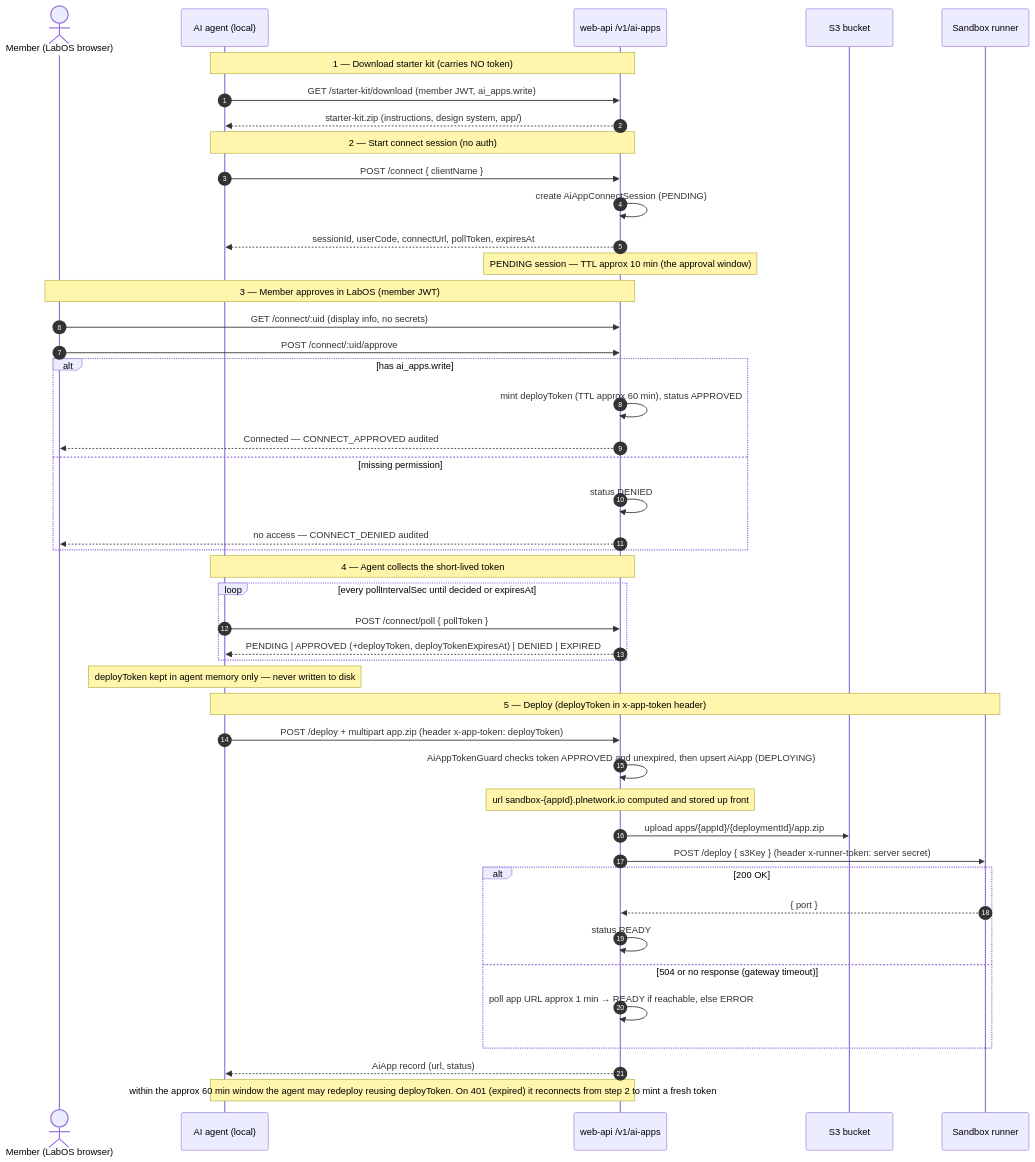
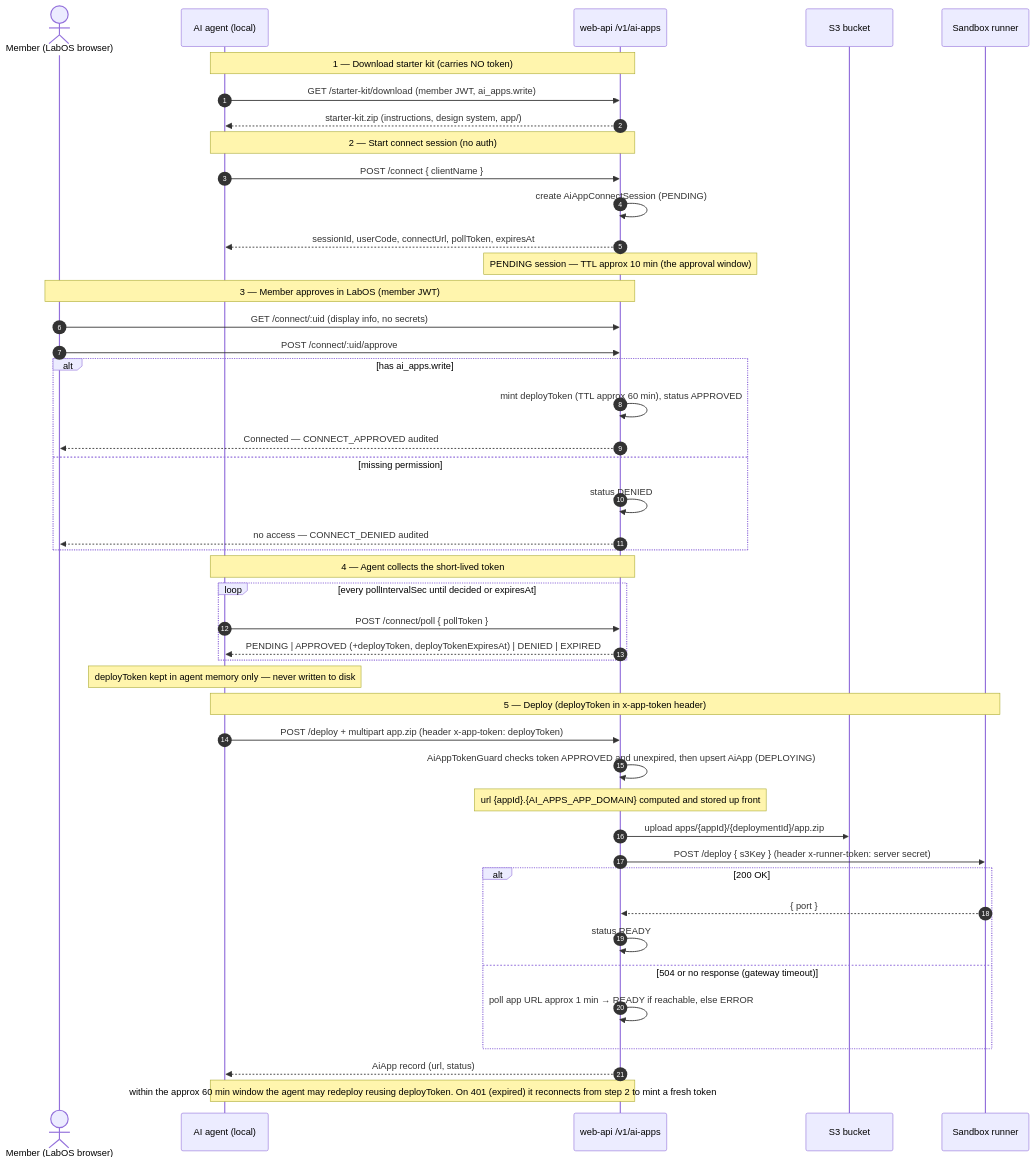
The diagram in docs/AI_APPS.md (memser-spaceport/pln-directory-portal), drawn with Mermaid before and after one commit. The commit also changed other lines of this file and 3 other files, not shown here.

````diff
--- a/docs/AI_APPS.md
+++ b/docs/AI_APPS.md
@@ -18,53 +18,53 @@
 ```mermaid
 sequenceDiagram
     autonumber
     actor M as Member (LabOS browser)
     participant AG as AI agent (local)
     participant API as web-api /v1/ai-apps
     participant S3 as S3 bucket
     participant RUN as Sandbox runner
 
     Note over AG,API: 1 — Download starter kit (carries NO token)
     AG->>API: GET /starter-kit/download (member JWT, ai_apps.write)
     API-->>AG: starter-kit.zip (instructions, design system, app/)
 
     Note over AG,API: 2 — Start connect session (no auth)
     AG->>API: POST /connect { clientName }
     API->>API: create AiAppConnectSession (PENDING)
     API-->>AG: sessionId, userCode, connectUrl, pollToken, expiresAt
     Note over API: PENDING session — TTL approx 10 min (the approval window)
 
     Note over M,API: 3 — Member approves in LabOS (member JWT)
     M->>API: GET /connect/:uid (display info, no secrets)
     M->>API: POST /connect/:uid/approve
     alt has ai_apps.write
         API->>API: mint deployToken (TTL approx 60 min), status APPROVED
         API-->>M: Connected — CONNECT_APPROVED audited
     else missing permission
         API->>API: status DENIED
         API-->>M: no access — CONNECT_DENIED audited
     end
 
     Note over AG,API: 4 — Agent collects the short-lived token
     loop every pollIntervalSec until decided or expiresAt
         AG->>API: POST /connect/poll { pollToken }
         API-->>AG: PENDING | APPROVED (+deployToken, deployTokenExpiresAt) | DENIED | EXPIRED
     end
     Note over AG: deployToken kept in agent memory only — never written to disk
 
     Note over AG,RUN: 5 — Deploy (deployToken in x-app-token header)
     AG->>API: POST /deploy + multipart app.zip (header x-app-token: deployToken)
     API->>API: AiAppTokenGuard checks token APPROVED and unexpired, then upsert AiApp (DEPLOYING)
-    Note over API: url sandbox-{appId}.plnetwork.io computed and stored up front
+    Note over API: url {appId}.{AI_APPS_APP_DOMAIN} computed and stored up front
     API->>S3: upload apps/{appId}/{deploymentId}/app.zip
     API->>RUN: POST /deploy { s3Key } (header x-runner-token: server secret)
     alt 200 OK
         RUN-->>API: { port }
         API->>API: status READY
     else 504 or no response (gateway timeout)
         API->>API: poll app URL approx 1 min → READY if reachable, else ERROR
     end
     API-->>AG: AiApp record (url, status)
 
     Note over AG,API: within the approx 60 min window the agent may redeploy reusing deployToken. On 401 (expired) it reconnects from step 2 to mint a fresh token
 ```
````
